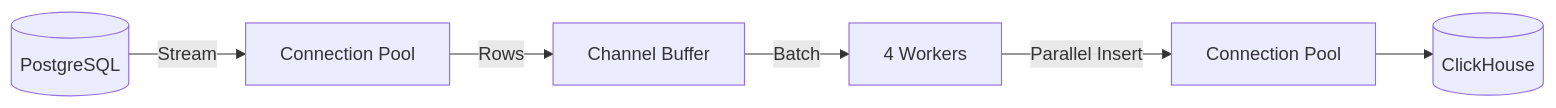
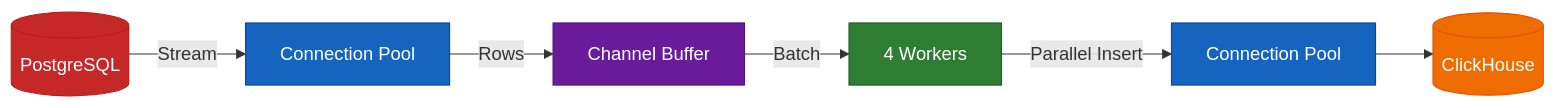
The first of 2 diagrams in README.md (pixperk/chug), drawn with Mermaid before and after one commit. The commit also changed other lines of this file and 3 other files, not shown here.

````diff
--- a/README.md
+++ b/README.md
@@ -87,8 +87,15 @@
 ```mermaid
 flowchart LR
     PG[(PostgreSQL)] -->|Stream| Pool1[Connection Pool]
     Pool1 -->|Rows| Chan[Channel Buffer]
     Chan -->|Batch| Workers[4 Workers]
     Workers -->|Parallel Insert| Pool2[Connection Pool]
     Pool2 --> CH[(ClickHouse)]
+
+    style PG fill:#C62828,stroke:#B71C1C,color:#FFF
+    style Pool1 fill:#1565C0,stroke:#0D47A1,color:#FFF
+    style Chan fill:#6A1B9A,stroke:#4A148C,color:#FFF
+    style Workers fill:#2E7D32,stroke:#1B5E20,color:#FFF
+    style Pool2 fill:#1565C0,stroke:#0D47A1,color:#FFF
+    style CH fill:#EF6C00,stroke:#E65100,color:#FFF
 ```
````
